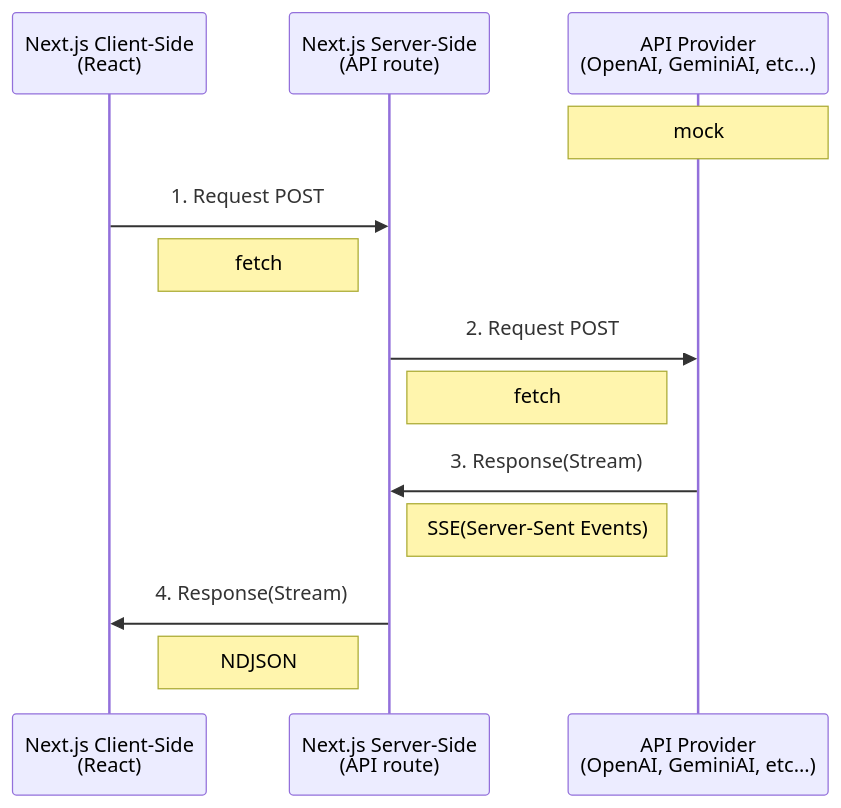
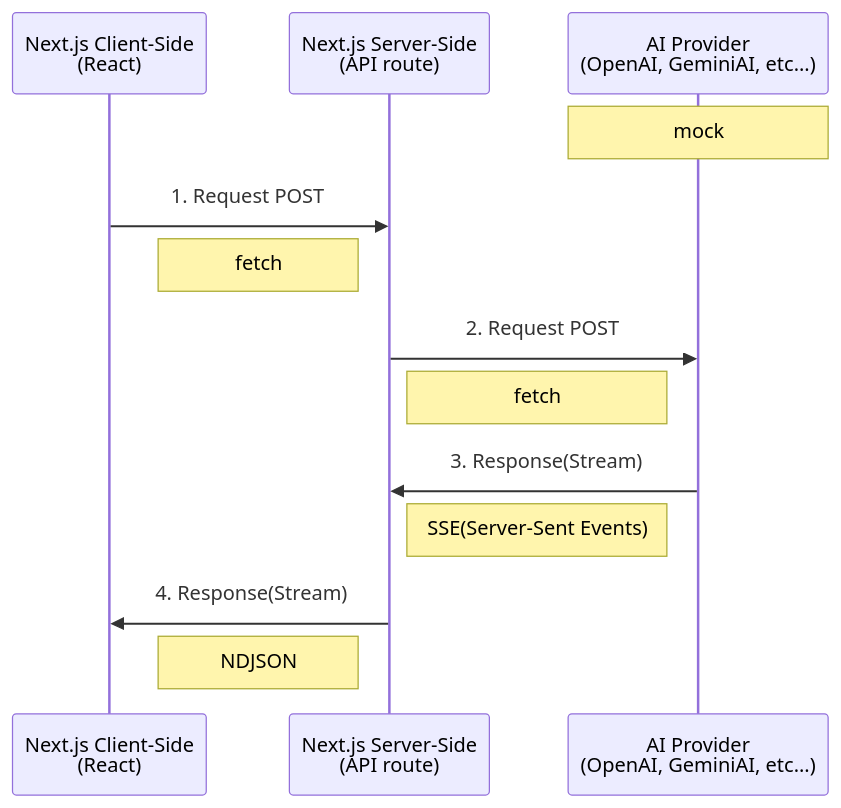
The diagram in _docs/memo.md (sudo-yoko/portfolio-nextjs), drawn with Mermaid before and after one commit.

````diff
--- a/_docs/memo.md
+++ b/_docs/memo.md
@@ -1,18 +1,18 @@
  ```mermaid
 
 sequenceDiagram
 participant C as Next.js Client-Side<br>(React)
 participant S as Next.js Server-Side<br>(API route)
-participant A as API Provider<br>(OpenAI, GeminiAI, etc...)
+participant A as AI Provider<br>(OpenAI, GeminiAI, etc...)
 Note over A: mock
 
 C->>S: 1. Request POST
 Note left of S: fetch
 S->>A: 2. Request POST
 Note left of A: fetch
 A->>S: 3. Response(Stream)
 Note left of A: SSE(Server-Sent Events)
 S->>C: 4. Response(Stream)
 Note left of S: NDJSON
 
  ```
````
